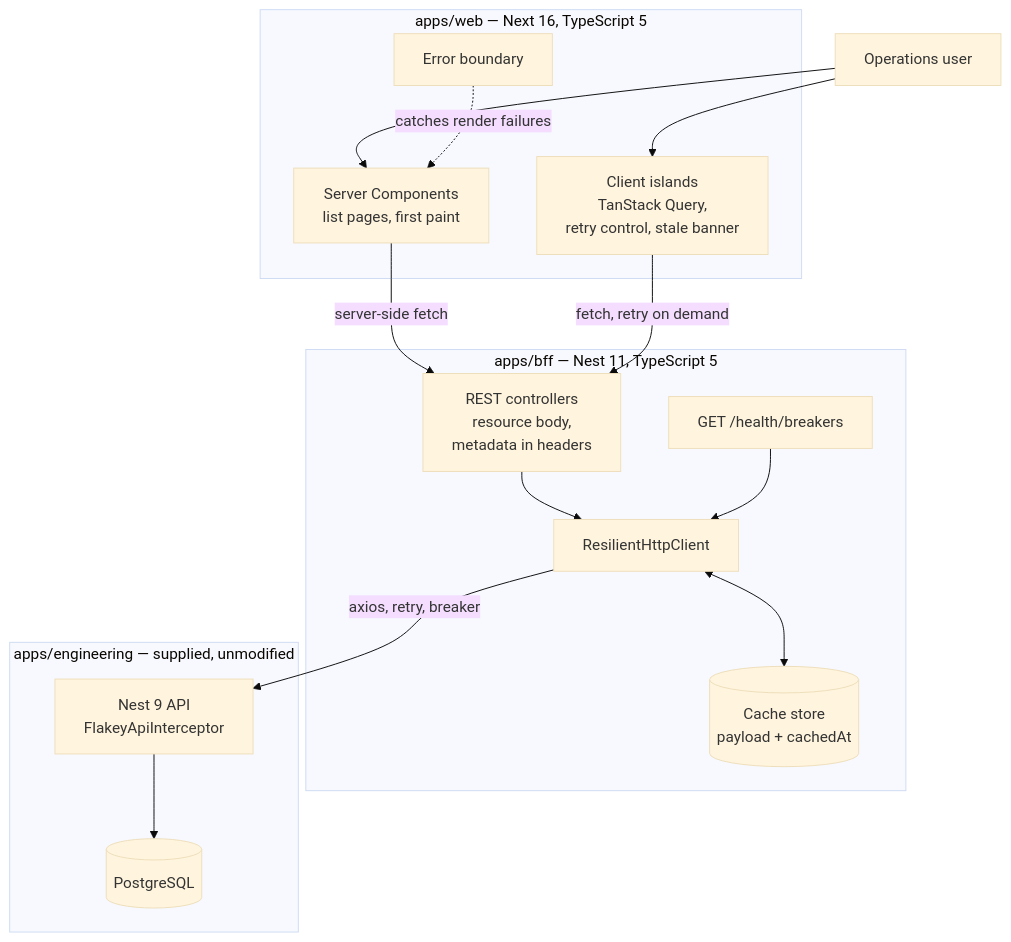
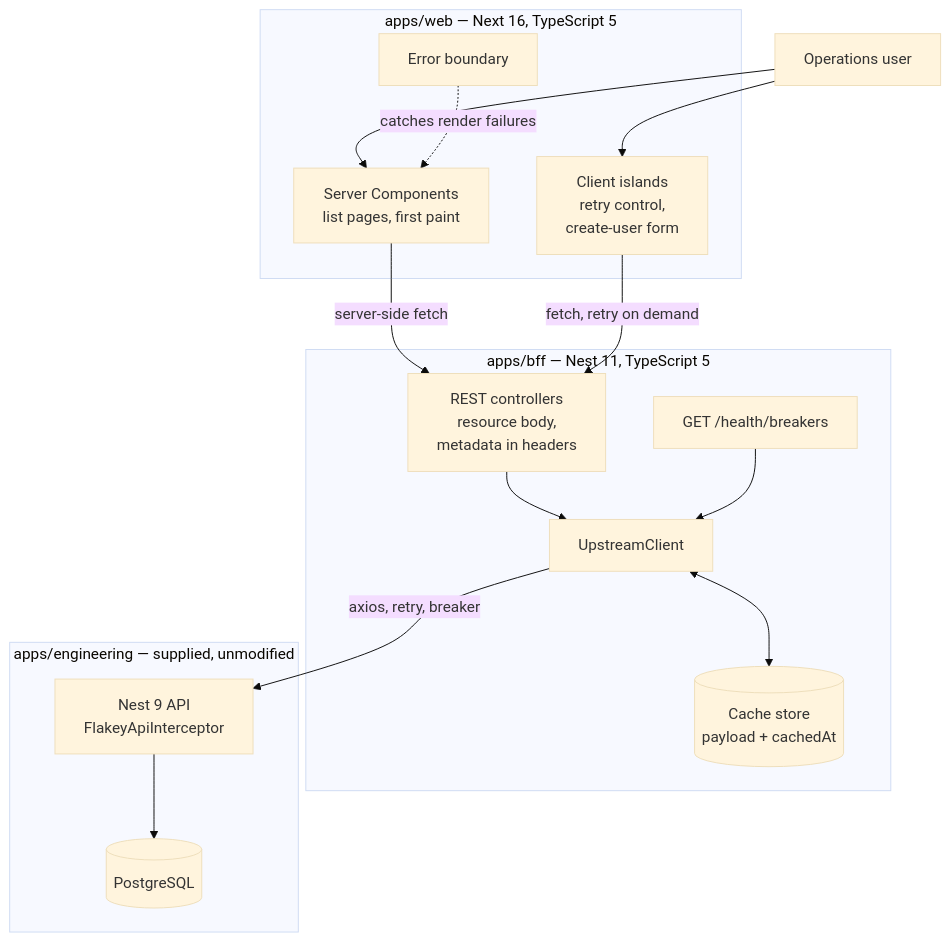
One commit to mike623/engineering-test changed the second of 5 diagrams in docs/architecture.md. Above: the diagram before and after it, drawn with Mermaid (base theme). The commit also changed 1 other file, not shown here.

Commit message:
Record the frontend fetching decision that was actually made
The notes and diagrams still described TanStack Query islands, which is not
what shipped. States the choice instead: server components for the lists,
client components only for the retry control and the create-user form, which
need in-flight and outcome state respectively.

The reason is worth having on the page, since the brief asks for a deliberate
choice — TanStack Query earns its keep when the browser fetches, and here the
BFF already owns caching, deduplication and freshness. A second cache in the
browser would sit in front of one whose whole purpose is to report honestly
how stale it is.

````diff
--- a/docs/architecture.md
+++ b/docs/architecture.md
@@ -30,33 +30,33 @@
 ```mermaid
 flowchart TB
     user["Operations user"]
 
     subgraph web["apps/web — Next 16, TypeScript 5"]
         rsc["Server Components<br/>list pages, first paint"]
-        island["Client islands<br/>TanStack Query,<br/>retry control, stale banner"]
+        island["Client islands<br/>retry control,<br/>create-user form"]
         eb["Error boundary"]
     end
 
     subgraph bff["apps/bff — Nest 11, TypeScript 5"]
         ctrl["REST controllers<br/>resource body,<br/>metadata in headers"]
-        resil["ResilientHttpClient"]
+        resil["UpstreamClient"]
         cache[("Cache store<br/>payload + cachedAt")]
         health["GET /health/breakers"]
     end
 
     subgraph supplied["apps/engineering — supplied, unmodified"]
         nest9["Nest 9 API<br/>FlakeyApiInterceptor"]
         pg[("PostgreSQL")]
     end
 
     user --> rsc
     user --> island
     eb -.->|"catches render failures"| rsc
     rsc -->|"server-side fetch"| ctrl
     island -->|"fetch, retry on demand"| ctrl
     ctrl --> resil
     resil <--> cache
     health --> resil
     resil -->|"axios, retry, breaker"| nest9
     nest9 --> pg
 ```
````
